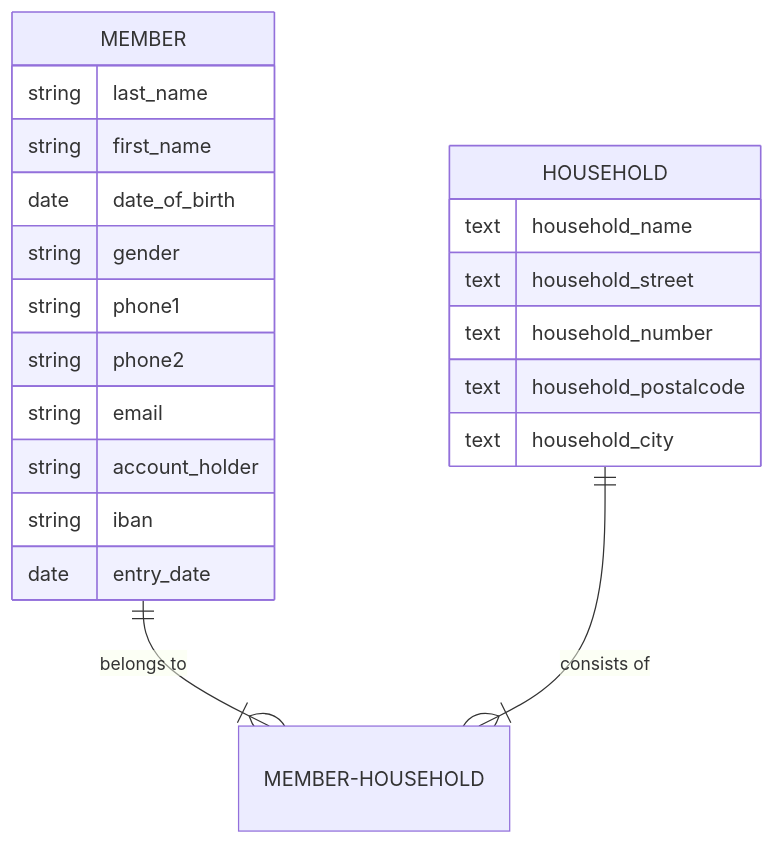
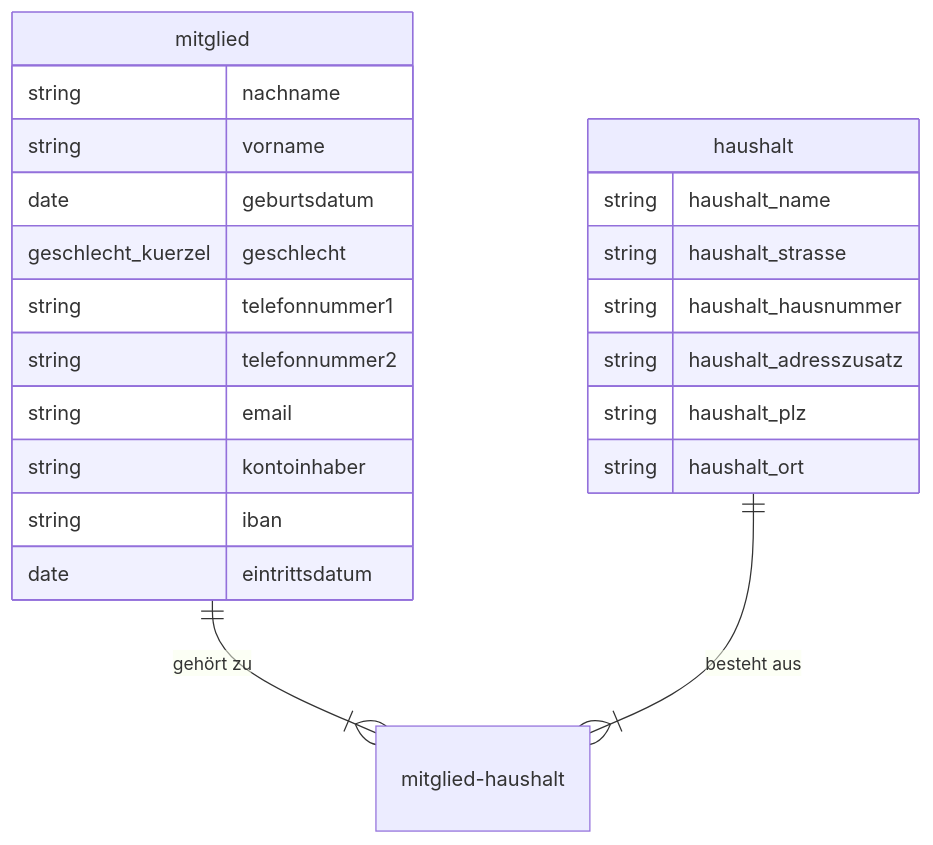
Before and after one commit to Lehrstuhl-BWL-EvIS/sportyweb: the diagram in database-schema/sportyweb-schema.md, drawn with Mermaid. The commit also changed other lines of this file, not shown here.

`````diff
--- a/database-schema/sportyweb-schema.md
+++ b/database-schema/sportyweb-schema.md
@@ -28,25 +28,27 @@
 ```mermaid
 erDiagram
-          MEMBER ||--|{ MEMBER-HOUSEHOLD : "belongs to"
-          HOUSEHOLD ||--|{ MEMBER-HOUSEHOLD : "consists of"
-          MEMBER {
-            string last_name
-            string first_name
-            date date_of_birth
-            string gender
-            string phone1
-            string phone2
+          mitglied ||--|{ mitglied-haushalt : "gehört zu"
+          haushalt ||--|{ mitglied-haushalt : "besteht aus"
+
+          mitglied {
+            string nachname
+            string vorname
+            date geburtsdatum
+            geschlecht_kuerzel geschlecht
+            string telefonnummer1
+            string telefonnummer2
             string email
-            string account_holder
+            string kontoinhaber
             string iban
-            date entry_date 
+            date eintrittsdatum
           }
 
-          HOUSEHOLD {
-            text household_name
-            text household_street
-            text household_number
-            text household_postalcode
-            text household_city
+          haushalt {
+            string haushalt_name
+            string haushalt_strasse
+            string haushalt_hausnummer
+            string haushalt_adresszusatz
+            string haushalt_plz
+            string haushalt_ort
           }
 ````
`````
